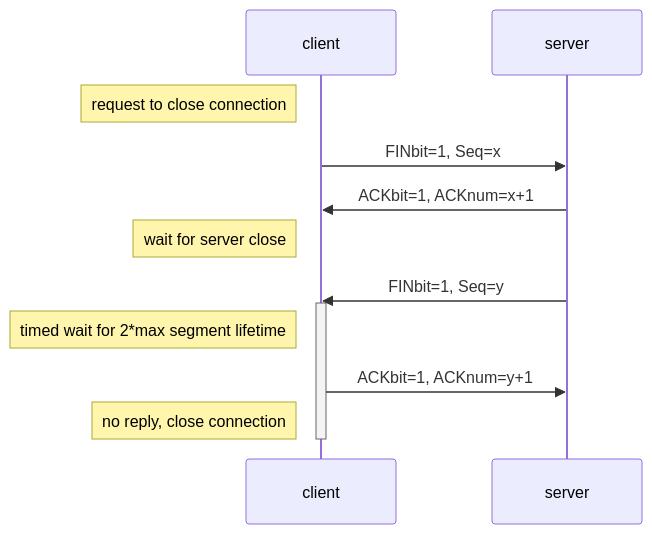
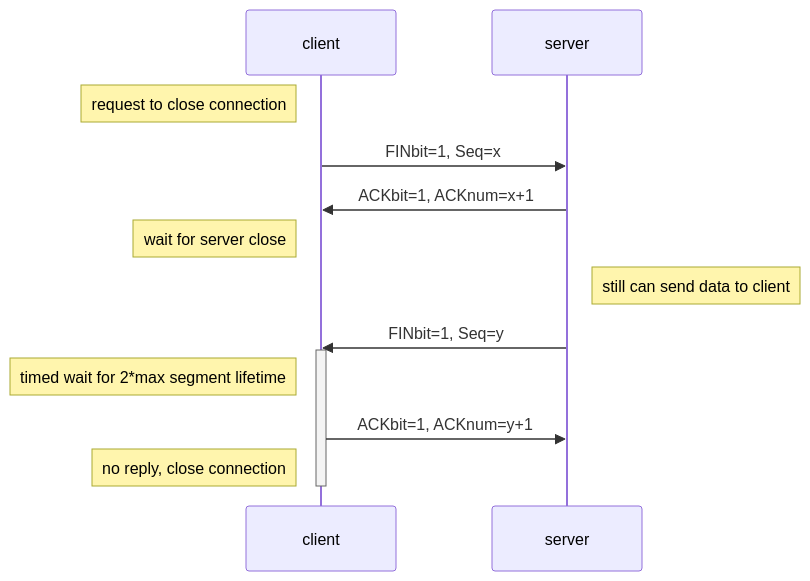
One commit to ZoLArk173/wiki changed the fifth of 5 diagrams in Class/Computer Network/Chapter 3 Transport Layer.md. Above: the diagram before and after it, drawn with Mermaid. The commit also changed other lines of this file and 13 other files, not shown here.

````diff
--- a/Class/Computer Network/Chapter 3 Transport Layer.md
+++ b/Class/Computer Network/Chapter 3 Transport Layer.md
@@ -475,15 +419,16 @@
 ```mermaid
 sequenceDiagram
 participant c as client
 participant s as server
 note left of c: request to close connection
 c->>s: FINbit=1, Seq=x
 s->>c: ACKbit=1, ACKnum=x+1
 note left of c: wait for server close
+note right of s: still can send data to client
 s->>c: FINbit=1, Seq=y
 activate c
 note left of c: timed wait for 2*max segment lifetime
 c->>s: ACKbit=1, ACKnum=y+1
 note left of c: no reply, close connection
 deactivate c
 ```
````
